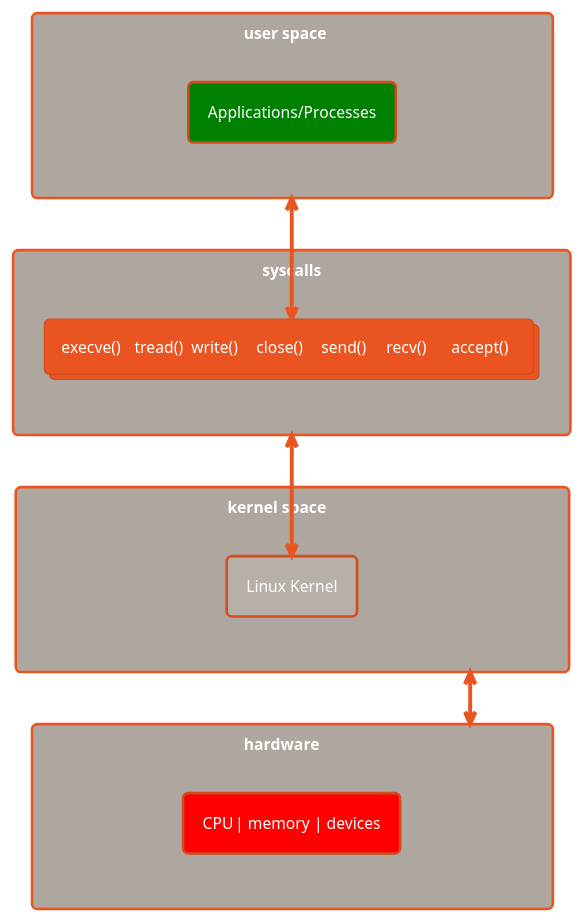
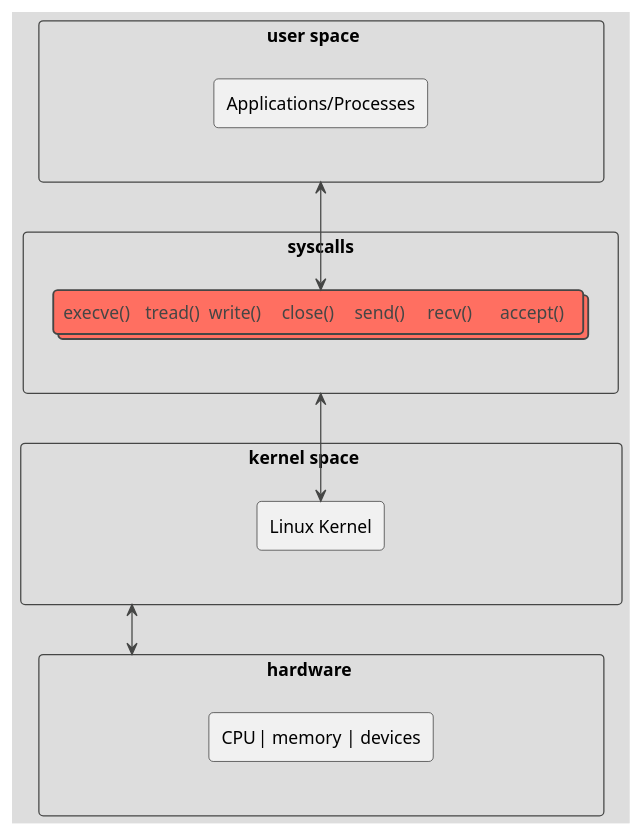
The diagram in diagrams/linux-syscalls.puml (Piotr1215/cloudrumble), drawn with PlantUML before and after one commit. The commit also changed 1 other file, not shown here.

Commit message:
theme change for syscalls

```diff
--- a/diagrams/linux-syscalls.puml
+++ b/diagrams/linux-syscalls.puml
@@ -1,37 +1,37 @@
 @startuml linux-syscalls
 
 skinparam linetype ortho
-!theme united
+!theme toy
 'top to bottom direction
 'skinparam nodesep 36
 'skinparam ranksep 50
 
 left to right direction
 
 together {
     rectangle "\t\t\t\t\t\tuser space\t\t\t\t\t\t\t" as uspace {
-        rectangle "Applications/Processes" as apps #Green
+        rectangle "Applications/Processes" as apps
     }
 
     rectangle "syscalls" as syscalls {
         collections "execve()\t  tread()\twrite()\tclose()\tsend()\trecv()\taccept()  " as calls
     }
     rectangle "\t\t\t\t\t\tkernel space\t\t\t\t\t\t\t" as kspace {
         rectangle "Linux Kernel" as kernel
     }
 
     rectangle "\\t\t\t\t\t\thardware\t\t\t\t\t\t\t" as hardware {
         left to right direction
-        rectangle "CPU\t| memory | devices" as cpu #Red
+        rectangle "CPU\t| memory | devices" as cpu
     }
 }
 hardware <-> kspace
 kernel <-> syscalls
 uspace <-> calls
 'uspace --[hidden]-> kernel
 
 'cpu -[hidden]-> memory
 'memory -[hidden]-> devices
 
 
 @enduml
```
